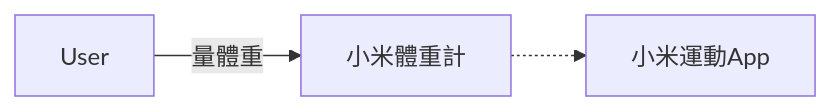
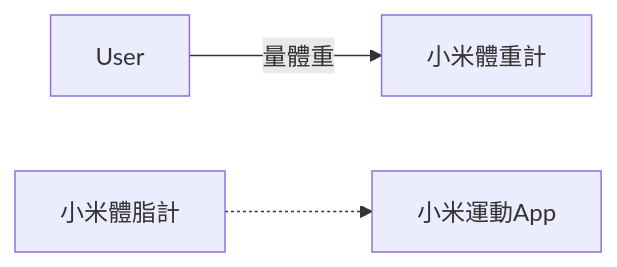
The second of 7 diagrams in source/_posts/personal-automation-in-2018.md (gasolin/blog), drawn with Mermaid before and after one commit. The commit also changed other lines of this file and 6 other files, not shown here.

```diff
--- a/source/_posts/personal-automation-in-2018.md
+++ b/source/_posts/personal-automation-in-2018.md
@@ -41,5 +41,5 @@
 {% mermaid %}
 graph LR
 User -- 量體重 --> 小米體重計
-小米體重計 -.-> 小米運動App
+小米體脂計 -.-> 小米運動App
 {% endmermaid %}
```
